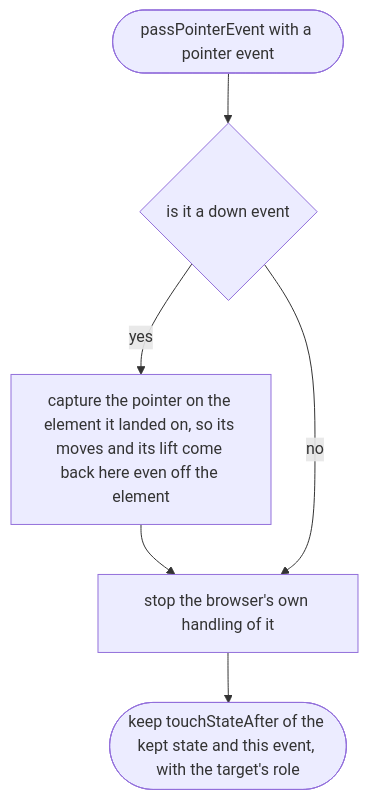
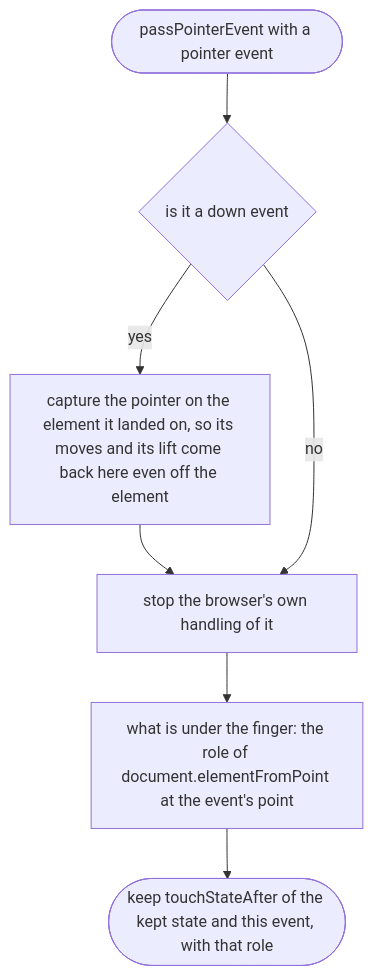
Before and after one commit to NewDara-Star/world-engine: the tenth of 10 diagrams in docs/designs/src/controls/touch.md, drawn with Mermaid. The commit also changed other lines of this file and 41 other files, not shown here.

````diff
--- a/docs/designs/src/controls/touch.md
+++ b/docs/designs/src/controls/touch.md
@@ -147,12 +175,13 @@
 ```mermaid
 flowchart TD
   s(["passPointerEvent with a pointer event"])
   a{"is it a down event"}
   b["capture the pointer on the element it landed on, so its moves and its lift come back here even off the element"]
   c["stop the browser's own handling of it"]
-  d(["keep touchStateAfter of the kept state and this event, with the target's role"])
+  e["what is under the finger: the role of document.elementFromPoint at the event's point"]
+  d(["keep touchStateAfter of the kept state and this event, with that role"])
   s --> a
   a -->|"yes"| b --> c
   a -->|"no"| c
-  c --> d
+  c --> e --> d
 ```
````
